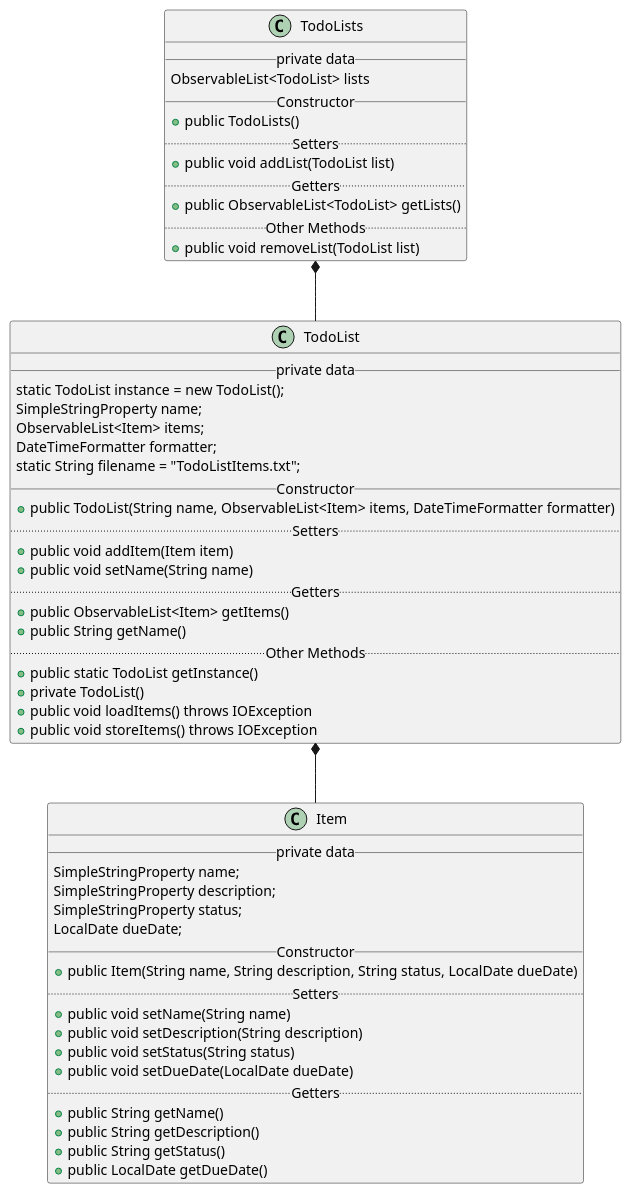
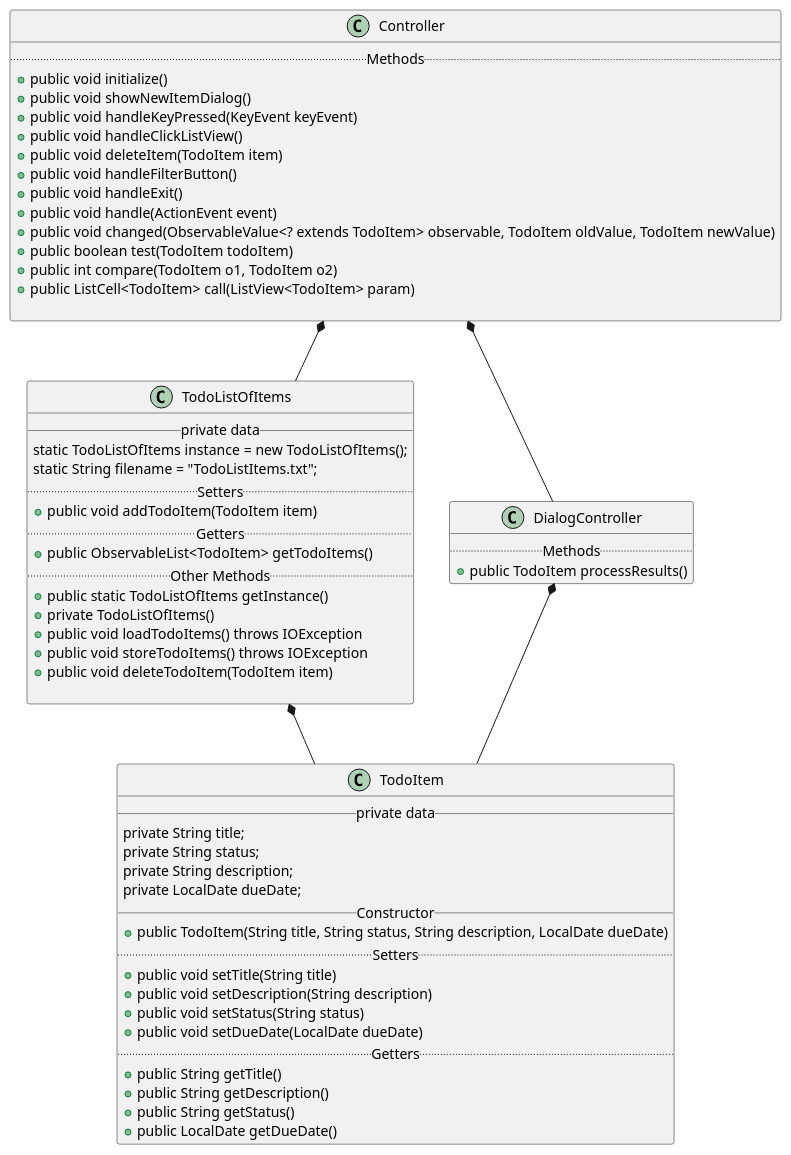
One commit to psottomayorpereir/sottomayorpereiradasilva-cop3330-assignment4part2 changed the diagram in uml/UMLClassDiagrams.puml. Above: the diagram before and after it, drawn with PlantUML. The commit also changed 15 other files, not shown here.

```diff
--- a/uml/UMLClassDiagrams.puml
+++ b/uml/UMLClassDiagrams.puml
@@ -1,60 +1,69 @@
 @startuml
-class Item{
+class TodoItem{
 __private data__
-SimpleStringProperty name;
-SimpleStringProperty description;
-SimpleStringProperty status;
-LocalDate dueDate;
+private String title;
+private String status;
+private String description;
+private LocalDate dueDate;
 __Constructor__
-+public Item(String name, String description, String status, LocalDate dueDate)
++public TodoItem(String title, String status, String description, LocalDate dueDate)
 ..Setters..
-+public void setName(String name)
++public void setTitle(String title)
 +public void setDescription(String description)
 +public void setStatus(String status)
 +public void setDueDate(LocalDate dueDate)
 ..Getters..
-+public String getName()
++public String getTitle()
 +public String getDescription()
 +public String getStatus()
 +public LocalDate getDueDate()
 }
 
-TodoList *-- Item
+TodoListOfItems *-- TodoItem
 
-class TodoList{
+class TodoListOfItems{
 __private data__
-static TodoList instance = new TodoList();
-SimpleStringProperty name;
-ObservableList<Item> items;
-DateTimeFormatter formatter;
+static TodoListOfItems instance = new TodoListOfItems();
 static String filename = "TodoListItems.txt";
-__Constructor__
-+public TodoList(String name, ObservableList<Item> items, DateTimeFormatter formatter)
 ..Setters..
-+public void addItem(Item item)
-+public void setName(String name)
++public void addTodoItem(TodoItem item)
 ..Getters..
-+public ObservableList<Item> getItems()
-+public String getName()
++public ObservableList<TodoItem> getTodoItems()
 ..Other Methods..
-+public static TodoList getInstance()
-+private TodoList()
-+public void loadItems() throws IOException
-+public void storeItems() throws IOException
++public static TodoListOfItems getInstance()
++private TodoListOfItems()
++public void loadTodoItems() throws IOException
++public void storeTodoItems() throws IOException
++public void deleteTodoItem(TodoItem item)
+
 }
 
-TodoLists *-- TodoList
+class Controller{
+..Methods..
++public void initialize()
++public void showNewItemDialog()
++public void handleKeyPressed(KeyEvent keyEvent)
++public void handleClickListView()
++public void deleteItem(TodoItem item)
++public void handleFilterButton()
++public void handleExit()
++public void handle(ActionEvent event)
++public void changed(ObservableValue<? extends TodoItem> observable, TodoItem oldValue, TodoItem newValue)
++public boolean test(TodoItem todoItem)
++public int compare(TodoItem o1, TodoItem o2)
++public ListCell<TodoItem> call(ListView<TodoItem> param)
 
-class TodoLists{
-__private data__
-ObservableList<TodoList> lists
-__Constructor__
-+public TodoLists()
-..Setters..
-+public void addList(TodoList list)
-..Getters..
-+public ObservableList<TodoList> getLists()
-..Other Methods..
-+public void removeList(TodoList list)
 }
+
+Controller *-- DialogController
+
+class DialogController{
+..Methods..
++public TodoItem processResults()
+}
+
+Controller *-- TodoListOfItems
+
+DialogController *-- TodoItem
+
 @enduml
```
